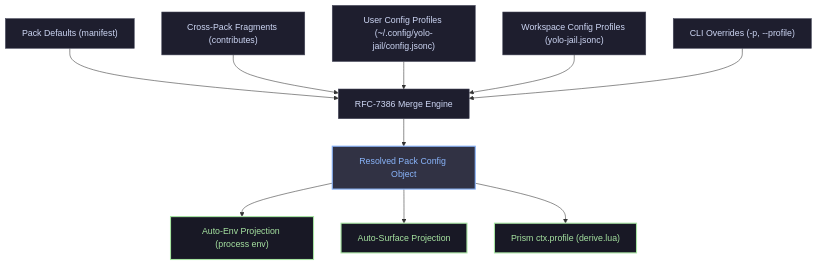
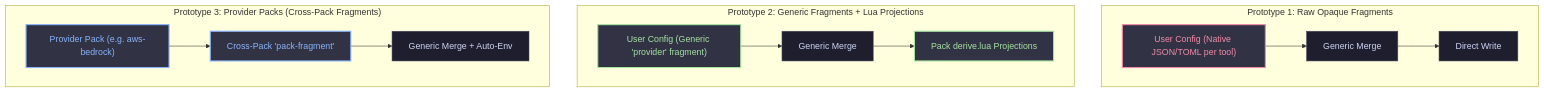
The diagram in docs/design/pack-profiles.md (mschulkind-oss/yolo-jail), drawn with Mermaid before and after one commit. The commit also changed other lines of this file, not shown here.

Commit message:
docs: add prototypes and pros/cons comparison to pack-profiles design doc

````diff
--- a/docs/design/pack-profiles.md
+++ b/docs/design/pack-profiles.md
@@ -72,18 +73,19 @@
 ```mermaid
 flowchart TD
     classDef default fill:#1e1e2e,stroke:#45475a,stroke-width:1px,color:#cdd6f4;
-    classDef highlight fill:#313244,stroke:#89b4fa,stroke-width:2px,color:#89b4fa;
-    classDef target fill:#181825,stroke:#a6e3a1,stroke-width:2px,color:#a6e3a1;
+    classDef p1 fill:#313244,stroke:#f38ba8,stroke-width:2px,color:#f38ba8;
+    classDef p2 fill:#313244,stroke:#a6e3a1,stroke-width:2px,color:#a6e3a1;
+    classDef p3 fill:#313244,stroke:#89b4fa,stroke-width:2px,color:#89b4fa;
 
-    A["Pack Defaults (manifest)"] --> M["RFC-7386 Merge Engine"]
-    B["Cross-Pack Fragments (contributes)"] --> M
-    C["User Config Profiles (~/.config/yolo-jail/config.jsonc)"] --> M
-    D["Workspace Config Profiles (yolo-jail.jsonc)"] --> M
-    E["CLI Overrides (-p, --profile)"] --> M
+    subgraph "Prototype 1: Raw Opaque Fragments"
+        P1_USER["User Config (Native JSON/TOML per tool)"]:::p1 --> P1_MERGE["Generic Merge"] --> P1_DISK["Direct Write"]
+    end
 
-    M --> RES["Resolved Pack Config Object"]:::highlight
+    subgraph "Prototype 2: Generic Fragments + Lua Projections"
+        P2_USER["User Config (Generic 'provider' fragment)"]:::p2 --> P2_MERGE["Generic Merge"] --> P2_LUA["Pack derive.lua Projections"]:::p2
+    end
 
-    RES --> AUTO_ENV["Auto-Env Projection (process env)"]:::target
-    RES --> AUTO_SURF["Auto-Surface Projection"]:::target
-    RES --> PRISM["Prism ctx.profile (derive.lua)"]:::target
+    subgraph "Prototype 3: Provider Packs (Cross-Pack Fragments)"
+        P3_PACK["Provider Pack (e.g. aws-bedrock)"]:::p3 --> P3_FRAG["Cross-Pack 'pack-fragment'"]:::p3 --> P3_MERGE["Generic Merge + Auto-Env"]
+    end
 ```
````
